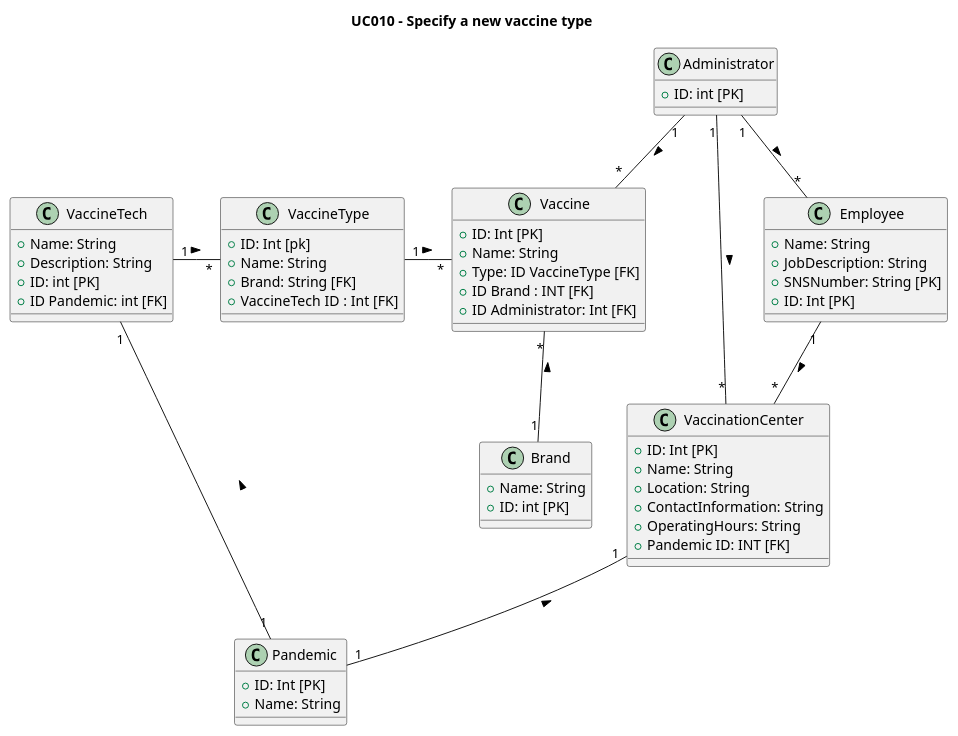
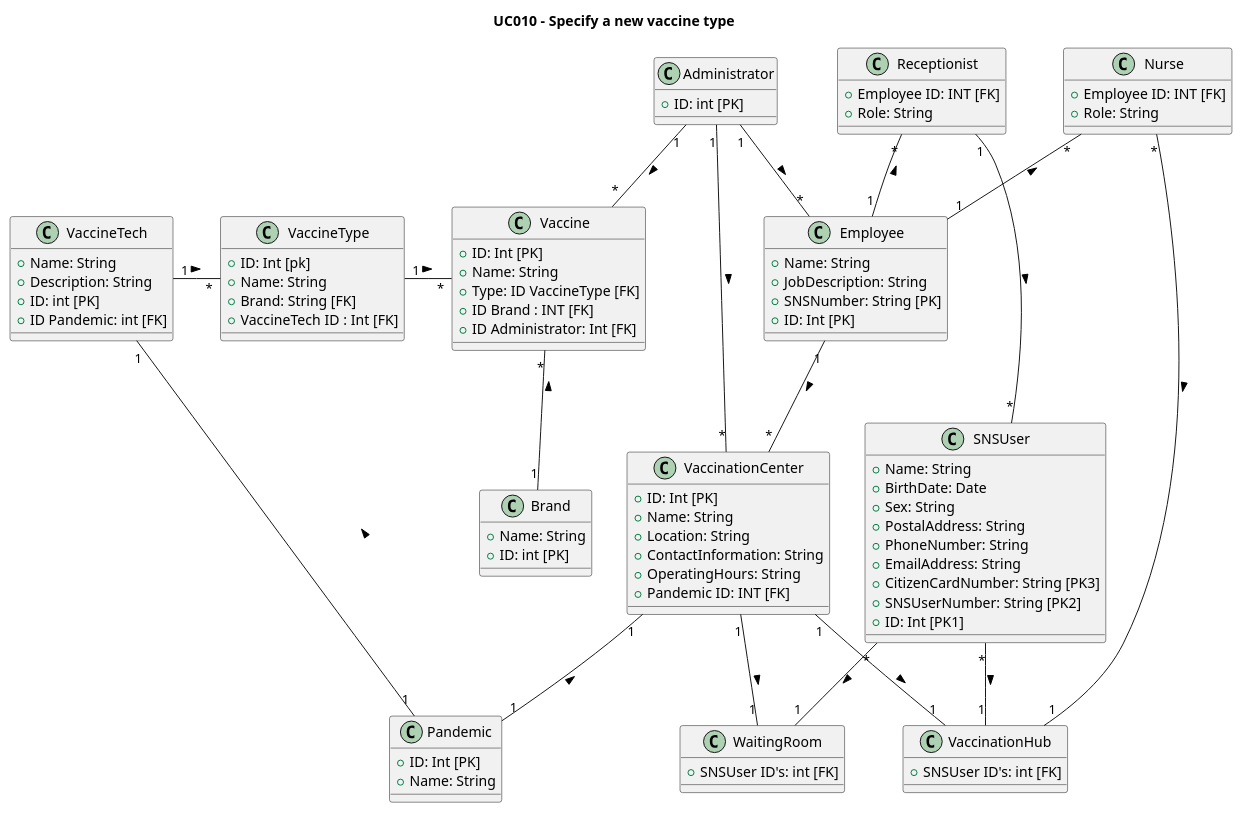
Before and after one commit to rafaafig/SnsTrab: the diagram in sns-base/doc/global/use-cases/Conceptual Model/Logic Model.puml, drawn with PlantUML.

Commit message:
update do logic model

```diff
--- a/sns-base/doc/global/use-cases/Conceptual Model/Logic Model.puml
+++ b/sns-base/doc/global/use-cases/Conceptual Model/Logic Model.puml
@@ -1,71 +1,109 @@
 @startuml
 title UC010 - Specify a new vaccine type
 
 
 
 
 class VaccineTech{
     +Name: String
     +Description: String
     +ID: int [PK]
     +ID Pandemic: int [FK]
 
 }
 
 class Brand {
     +Name: String
     +ID: int [PK]
 }
 
 class Administrator {
     +ID: int [PK]
 }
 
 class Vaccine {
     +ID: Int [PK]
     +Name: String
     +Type: ID VaccineType [FK]
     +ID Brand : INT [FK]
     +ID Administrator: Int [FK]
 }
 
 class VaccineType {
      +ID: Int [pk]
      +Name: String
      +Brand: String [FK]
      +VaccineTech ID : Int [FK]
 }
 
 class VaccinationCenter {
     +ID: Int [PK]
     +Name: String
     +Location: String
     +ContactInformation: String
     +OperatingHours: String
     +Pandemic ID: INT [FK]
 }
 
 class Pandemic {
     +ID: Int [PK]
     +Name: String
 }
 
 class Employee {
     +Name: String
     +JobDescription: String
     +SNSNumber: String [PK]
     +ID: Int [PK]
 }
 
+class Receptionist {
+    +Employee ID: INT [FK]
+    +Role: String
+}
+
+class SNSUser {
+    +Name: String
+    +BirthDate: Date
+    +Sex: String
+    +PostalAddress: String
+    +PhoneNumber: String
+    +EmailAddress: String
+    +CitizenCardNumber: String [PK3]
+    +SNSUserNumber: String [PK2]
+    +ID: Int [PK1]
+}
+
+class WaitingRoom{
+    +SNSUser ID's: int [FK]
+}
+
+class VaccinationHub{
+    +SNSUser ID's: int [FK]
+}
+
+class Nurse{
+     +Employee ID: INT [FK]
+     +Role: String
+}
+
 ' Relationships
+VaccinationCenter "1" -- "1" VaccinationHub: >
+VaccinationCenter "1" -- "1" WaitingRoom: >
+Nurse "*" -- "1" VaccinationHub :  >
+Nurse "*" -- "1" Employee :  <
+SNSUser "*" -- "1" VaccinationHub :  >
+SNSUser "*" -- "1" WaitingRoom :  >
+Receptionist "*" -- "1" Employee :  <
+Receptionist "1" -- "*" SNSUser :  >
 Administrator "1" -- "  *" Employee : >
 Employee "1" -- "*" VaccinationCenter :  >
 Administrator "1" -- "*" VaccinationCenter :  >
 VaccineTech "1" -- "1" Pandemic :  <
 VaccinationCenter "1" -- "1" Pandemic :  <
 Administrator "1" -- "*" Vaccine :  >
 Vaccine "*" -- "1" Brand :  <
 VaccineTech "1   "-"    *" VaccineType : >
 VaccineType "1   "-"    *"Vaccine : >
 
 @enduml
```
